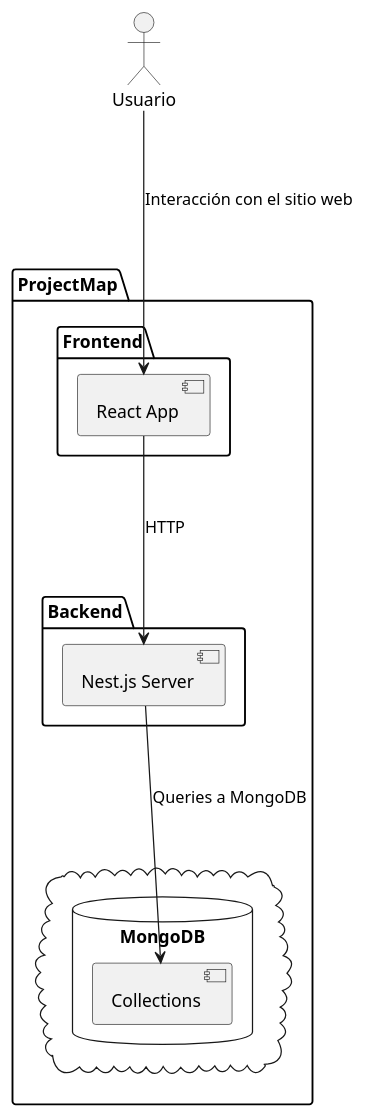
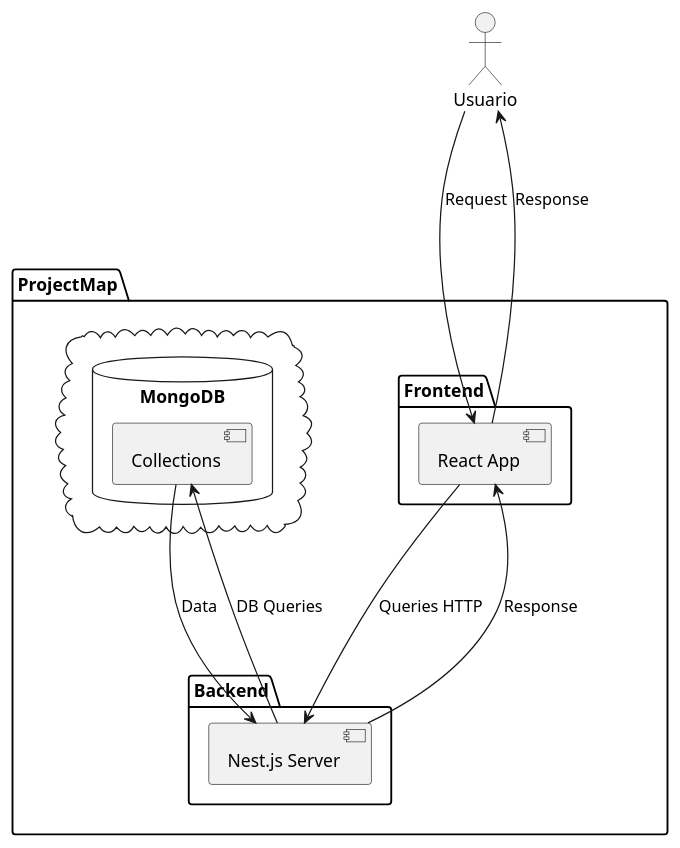
One commit to projectmaputnba/projectmap-backend changed the diagram in docs/architecture/architecture-diagram.puml. Above: the diagram before and after it, drawn with PlantUML. The commit also changed 7 other files, not shown here.

Commit message:
add uml diagrams

```diff
--- a/docs/architecture/architecture-diagram.puml
+++ b/docs/architecture/architecture-diagram.puml
@@ -1,25 +1,28 @@
 @startuml projectMap
 skinparam componentStyle uml2
 
 :Usuario:
 
 package "ProjectMap" {
   package "Frontend" {
     [React App]
 }
 
 cloud {
     database MongoDB {
         [Collections]
     }
 }
 
 package "Backend" {
     [Nest.js Server]
 }
 
-:Usuario: ---> [React App] : Interacción con el sitio web
-[React App] ---> [Nest.js Server] : HTTP
-[Nest.js Server] ---> [Collections] : Queries a MongoDB
+:Usuario: ---> [React App] : Request
+[React App] ---> :Usuario: : Response
+[Nest.js Server] ---> [React App]: Response
+[React App] ---> [Nest.js Server] : Queries HTTP
+[Nest.js Server] ---> [Collections] : DB Queries
+[Collections]  --->  [Nest.js Server] : Data
 }
 @enduml
```
